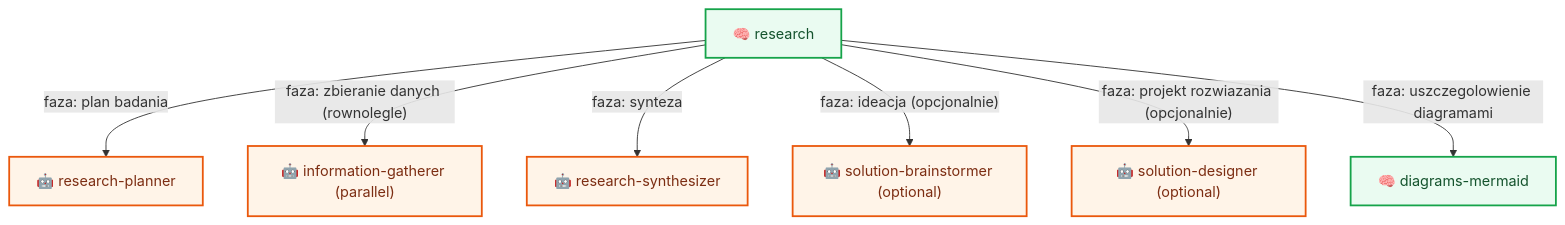
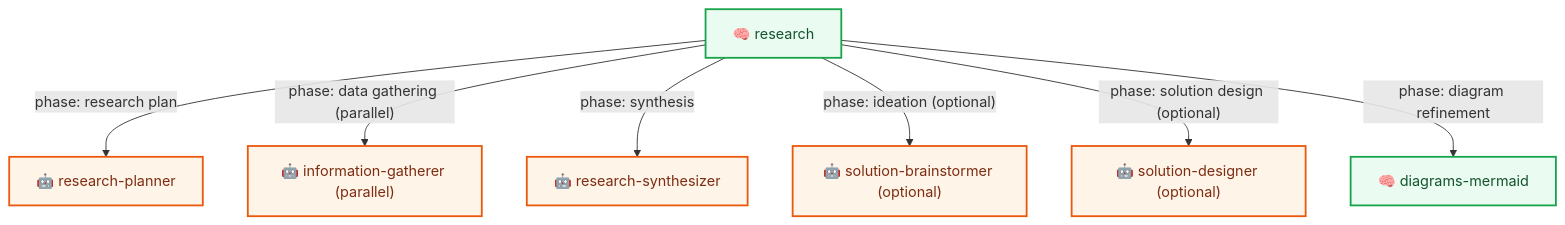
The sixth of 11 diagrams in docs/flow/workflows.md (plucins/flowbit), drawn with Mermaid before and after one commit. The commit also changed other lines of this file and 11 other files, not shown here.

````diff
--- a/docs/flow/workflows.md
+++ b/docs/flow/workflows.md
@@ -164,14 +164,14 @@
 ```mermaid
 graph TD
-  RES2["🧠 research"] -- "faza: plan badania" --> RPLAN["🤖 research-planner"]
-  RES2 -- "faza: zbieranie danych (rownolegle)" --> GATHER_R["🤖 information-gatherer (parallel)"]
-  RES2 -- "faza: synteza" --> SYN_R["🤖 research-synthesizer"]
-  RES2 -- "faza: ideacja (opcjonalnie)" --> BRAIN_R["🤖 solution-brainstormer (optional)"]
-  RES2 -- "faza: projekt rozwiazania (opcjonalnie)" --> DESIGN_R["🤖 solution-designer (optional)"]
-  RES2 -- "faza: uszczegolowienie diagramami" --> DIAG_R["🧠 diagrams-mermaid"]
+  RES2["🧠 research"] -- "phase: research plan" --> RPLAN["🤖 research-planner"]
+  RES2 -- "phase: data gathering (parallel)" --> GATHER_R["🤖 information-gatherer (parallel)"]
+  RES2 -- "phase: synthesis" --> SYN_R["🤖 research-synthesizer"]
+  RES2 -- "phase: ideation (optional)" --> BRAIN_R["🤖 solution-brainstormer (optional)"]
+  RES2 -- "phase: solution design (optional)" --> DESIGN_R["🤖 solution-designer (optional)"]
+  RES2 -- "phase: diagram refinement" --> DIAG_R["🧠 diagrams-mermaid"]
 
   classDef skill fill:#EAFBF1,stroke:#16A34A,stroke-width:2px,color:#14532D;
   classDef agent fill:#FFF4E8,stroke:#EA580C,stroke-width:2px,color:#7C2D12;
   class RES2,DIAG_R skill;
   class RPLAN,GATHER_R,SYN_R,BRAIN_R,DESIGN_R agent;
 ```
````
